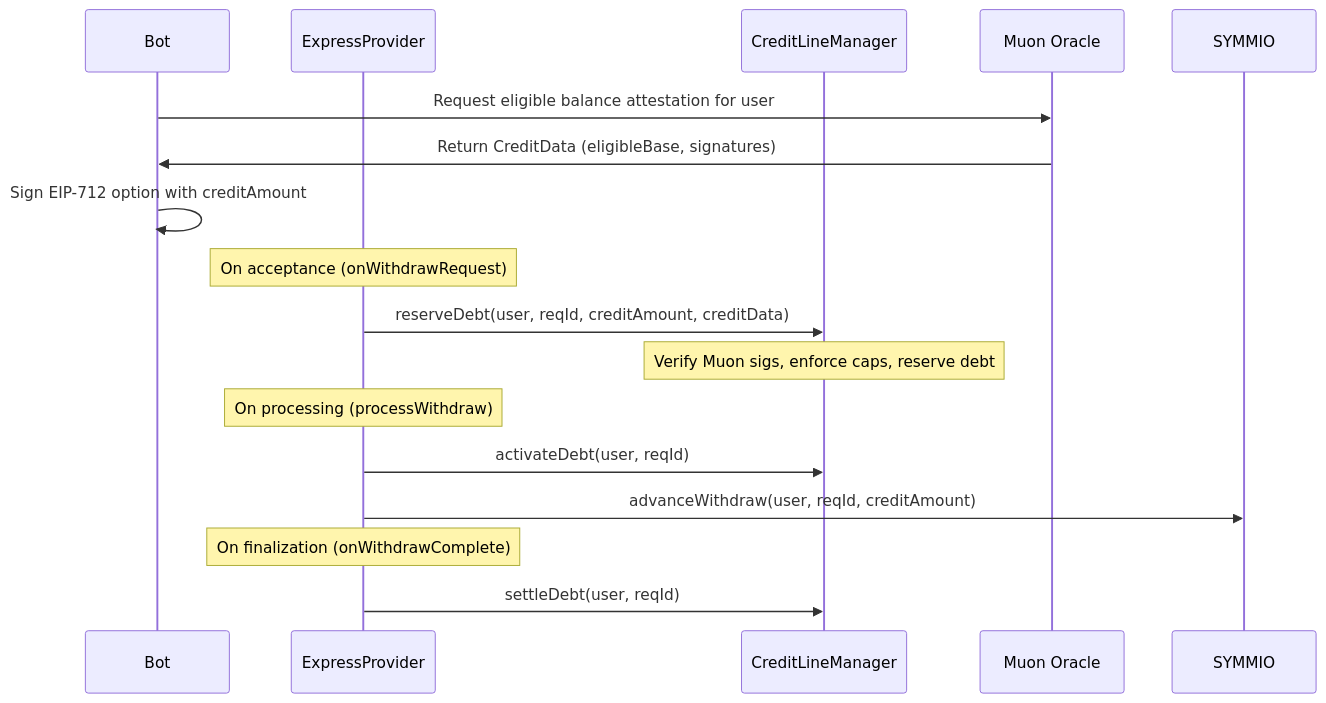
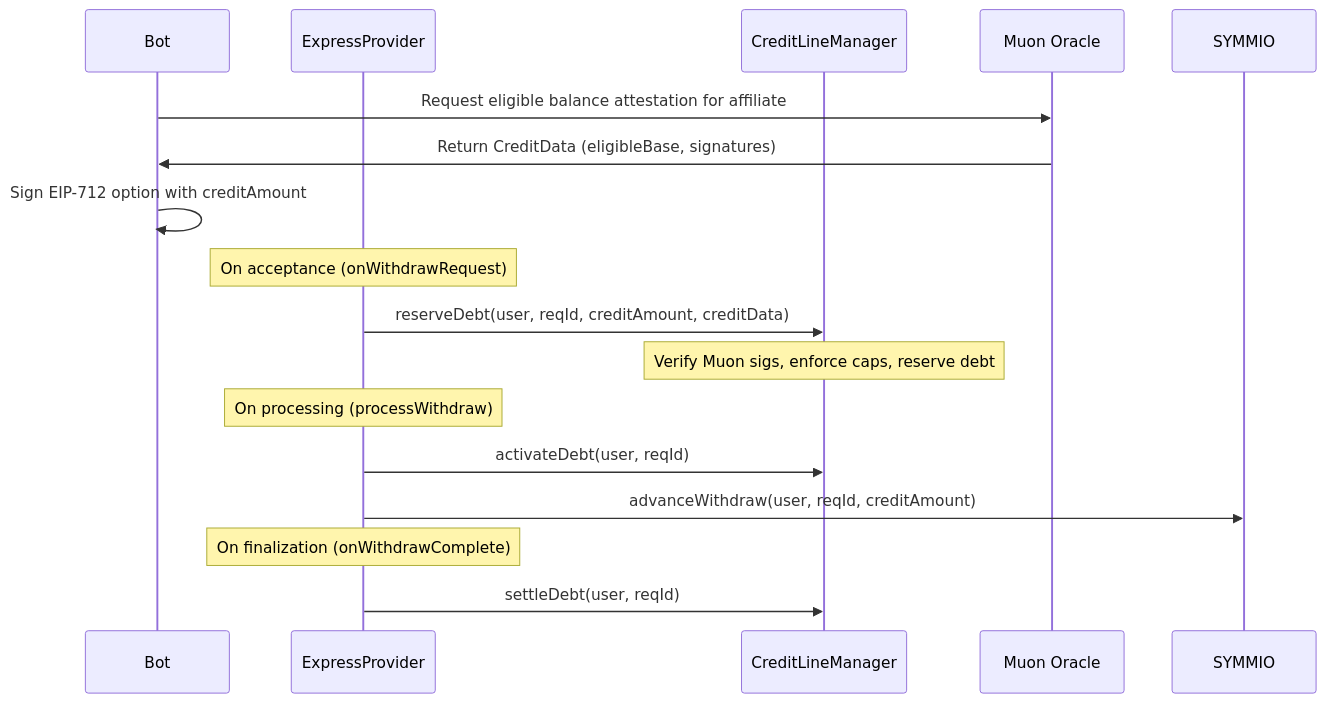
One commit to SYMM-IO/perps-core changed diagram 16 of 16 in docs/v0.8.6/express-withdrawal-system-design.md. Above: the diagram before and after it, drawn with Mermaid. The commit also changed other lines of this file and 1 other file, not shown here.

Commit message:
docs: update eligibleBase references to reflect per-affiliate semantics

````diff
--- a/docs/v0.8.6/express-withdrawal-system-design.md
+++ b/docs/v0.8.6/express-withdrawal-system-design.md
@@ -932,23 +932,23 @@
 ```mermaid
 sequenceDiagram
     participant Bot
     participant Express as ExpressProvider
     participant CLM as CreditLineManager
     participant Muon as Muon Oracle
     participant SYMMIO
 
-    Bot->>Muon: Request eligible balance attestation for user
+    Bot->>Muon: Request eligible balance attestation for affiliate
     Muon->>Bot: Return CreditData (eligibleBase, signatures)
     Bot->>Bot: Sign EIP-712 option with creditAmount
 
     Note over Express: On acceptance (onWithdrawRequest)
     Express->>CLM: reserveDebt(user, reqId, creditAmount, creditData)
     Note over CLM: Verify Muon sigs, enforce caps, reserve debt
 
     Note over Express: On processing (processWithdraw)
     Express->>CLM: activateDebt(user, reqId)
     Express->>SYMMIO: advanceWithdraw(user, reqId, creditAmount)
 
     Note over Express: On finalization (onWithdrawComplete)
     Express->>CLM: settleDebt(user, reqId)
 ```
````
